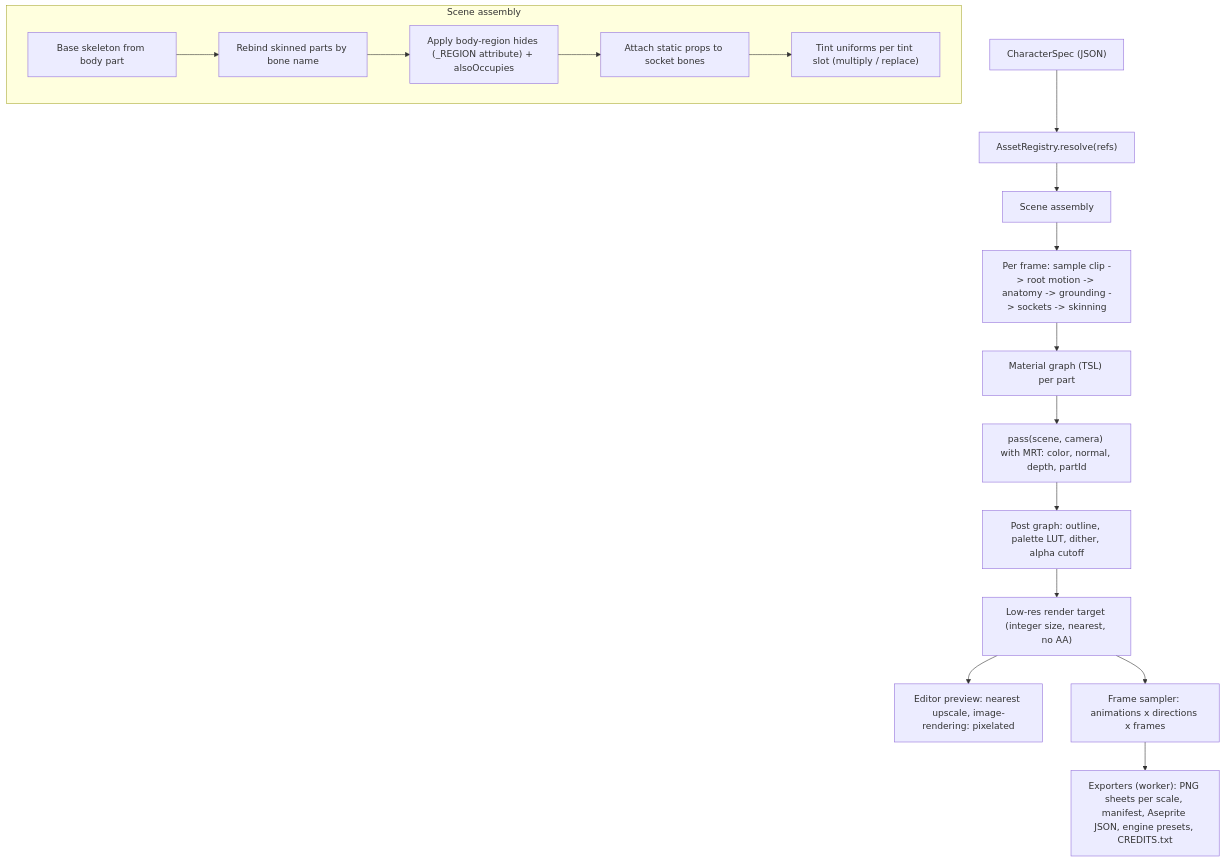
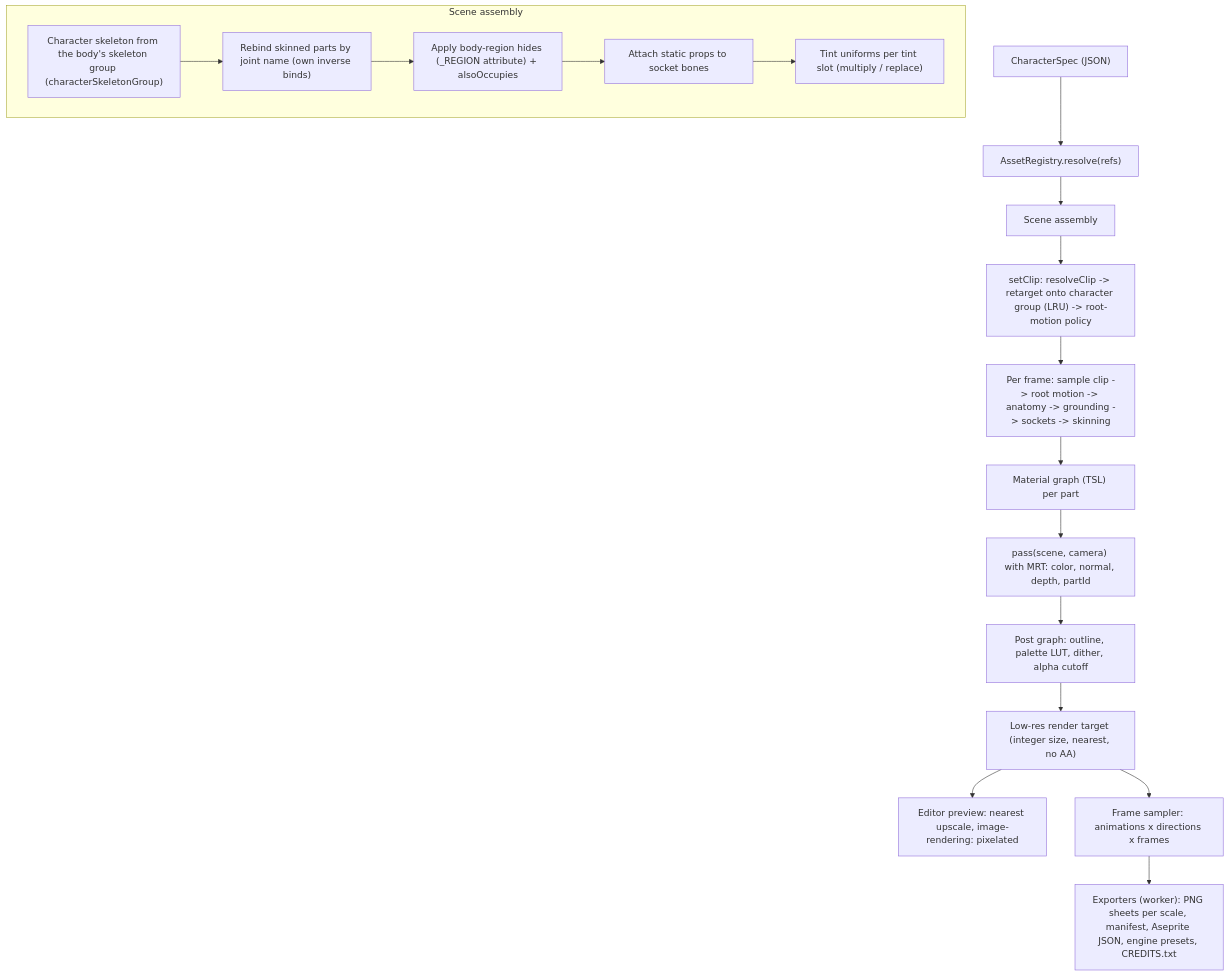
The second of 3 diagrams in docs/architecture.md (ilomon10/csg), drawn with Mermaid before and after one commit. The commit also changed other lines of this file and 66 other files, not shown here.

````diff
--- a/docs/architecture.md
+++ b/docs/architecture.md
@@ -112,19 +115,20 @@
 ```mermaid
 flowchart TD
   spec["CharacterSpec (JSON)"] --> resolve["AssetRegistry.resolve(refs)"]
   resolve --> assemble["Scene assembly"]
   subgraph assemble_detail [Scene assembly]
-    rig["Base skeleton from body part"] --> rebind["Rebind skinned parts by bone name"]
+    rig["Character skeleton from the body's skeleton group (characterSkeletonGroup)"] --> rebind["Rebind skinned parts by joint name (own inverse binds)"]
     rebind --> hides["Apply body-region hides (_REGION attribute) + alsoOccupies"]
     hides --> props["Attach static props to socket bones"]
     props --> tints["Tint uniforms per tint slot (multiply / replace)"]
   end
-  assemble --> pose["Per frame: sample clip -> root motion -> anatomy -> grounding -> sockets -> skinning"]
+  assemble --> clip["setClip: resolveClip -> retarget onto character group (LRU) -> root-motion policy"]
+  clip --> pose["Per frame: sample clip -> root motion -> anatomy -> grounding -> sockets -> skinning"]
   pose --> mat["Material graph (TSL) per part"]
   mat --> pass["pass(scene, camera) with MRT: color, normal, depth, partId"]
   pass --> post["Post graph: outline, palette LUT, dither, alpha cutoff"]
   post --> rt["Low-res render target (integer size, nearest, no AA)"]
   rt --> preview["Editor preview: nearest upscale, image-rendering: pixelated"]
   rt --> sampler["Frame sampler: animations x directions x frames"]
   sampler --> exporters["Exporters (worker): PNG sheets per scale, manifest, Aseprite JSON, engine presets, CREDITS.txt"]
 ```
````
